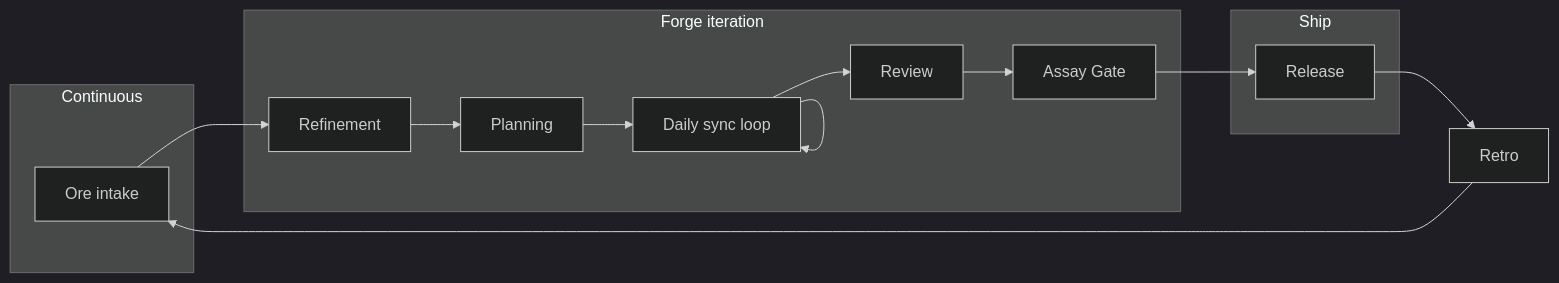
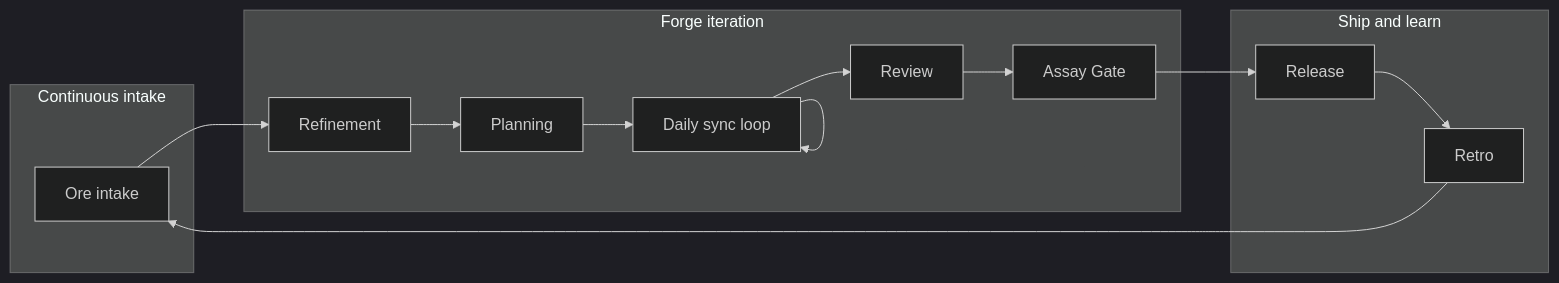
The first of 7 diagrams in sdlc/methodologies/forge/process-and-flows.md (autowww/blueprints), drawn with Mermaid (dark theme) before and after one commit. The commit also changed other lines of this file and 7 other files, not shown here.

First line of the commit message:
docs: enrich Mermaid diagrams with subgraphs and Forge style guidance

````diff
--- a/sdlc/methodologies/forge/process-and-flows.md
+++ b/sdlc/methodologies/forge/process-and-flows.md
@@ -7,26 +7,26 @@
 ```mermaid
 flowchart LR
-  subgraph intake[Continuous]
+  subgraph intake["Continuous intake"]
     OreIntake[Ore intake]
   end
-  subgraph iteration[Forge iteration]
+  subgraph iteration["Forge iteration"]
     Refine[Refinement]
     Plan[Planning]
     Daily[Daily sync loop]
     Review[Review]
     Assay[Assay Gate]
   end
-  subgraph ship[Ship]
+  subgraph ship["Ship and learn"]
     Release[Release]
+    Retro[Retro]
   end
-  Retro[Retro]
   OreIntake --> Refine
   Refine --> Plan
   Plan --> Daily
   Daily --> Daily
   Daily --> Review
   Review --> Assay
   Assay --> Release
   Release --> Retro
   Retro --> OreIntake
 ```
````
